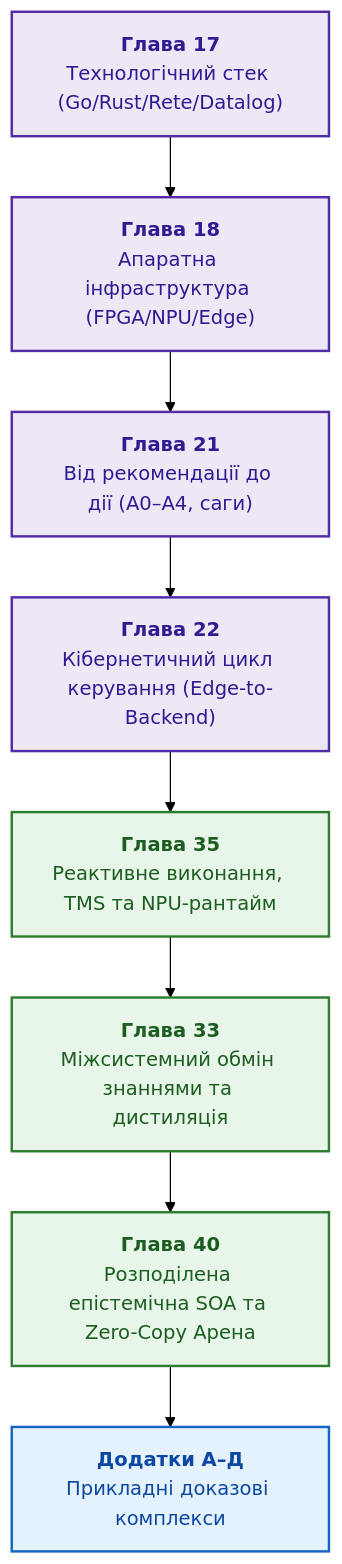
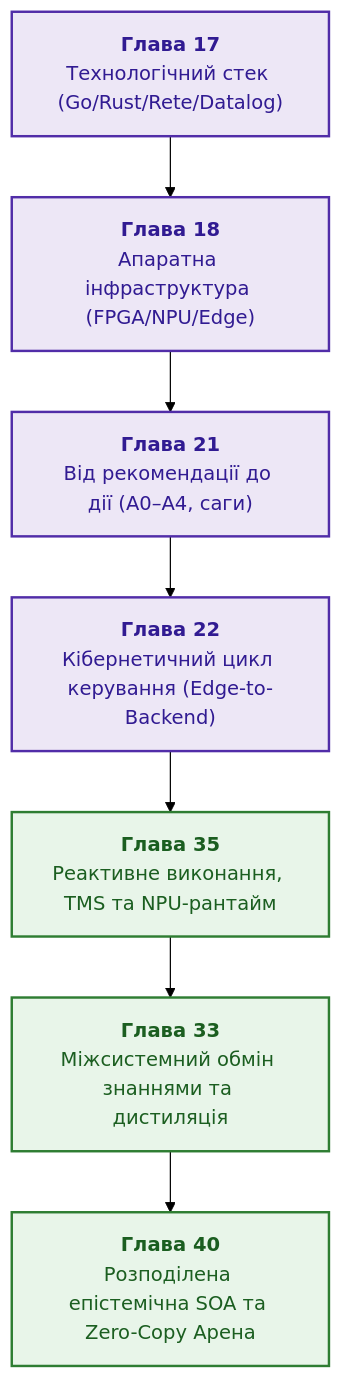
One commit to nick-fedchik/articles changed the diagram in ExpertSystem/part-07-runtime-and-knowledge-exchange.md. Above: the diagram before and after it, drawn with Mermaid (forest theme). The commit also changed other lines of this file and 375 other files, not shown here.

````diff
--- a/ExpertSystem/part-07-runtime-and-knowledge-exchange.md
+++ b/ExpertSystem/part-07-runtime-and-knowledge-exchange.md
@@ -19,20 +19,17 @@
 ```mermaid
 flowchart TD
     accTitle: Програмно-апаратний рантайм, кібернетична дія та розподілена SOA Частини VII
     accDescr: Від вибору стеку й апаратної інфраструктури через шлюз дії, кібернетику, реактивний рантайм і обмін знаннями до розподіленої епістемічної SOA.
 
     CH17["<b>Глава 17</b><br/>Технологічний стек (Go/Rust/Rete/Datalog)"] --> CH18["<b>Глава 18</b><br/>Апаратна інфраструктура (FPGA/NPU/Edge)"]
     CH18 --> CH21["<b>Глава 21</b><br/>Від рекомендації до дії (A0–A4, саги)"]
     CH21 --> CH22["<b>Глава 22</b><br/>Кібернетичний цикл керування (Edge-to-Backend)"]
     CH22 --> CH35["<b>Глава 35</b><br/>Реактивне виконання, TMS та NPU-рантайм"]
     CH35 --> CH33["<b>Глава 33</b><br/>Міжсистемний обмін знаннями та дистиляція"]
     CH33 --> CH40["<b>Глава 40</b><br/>Розподілена епістемічна SOA та Zero-Copy Арена"]
-    CH40 --> APPS["<b>Додатки А–Д</b><br/>Прикладні доказові комплекси"]
 
     classDef nodeStyle fill:#e8f5e9,stroke:#2e7d32,stroke-width:2px,color:#1b5e20;
     classDef implStyle fill:#ede7f6,stroke:#512da8,stroke-width:2px,color:#311b92;
-    classDef appStyle fill:#e3f2fd,stroke:#1565c0,stroke-width:2px,color:#0d47a1;
     class CH17,CH18,CH21,CH22 implStyle;
     class CH35,CH33,CH40 nodeStyle;
-    class APPS appStyle;
 ```
````
